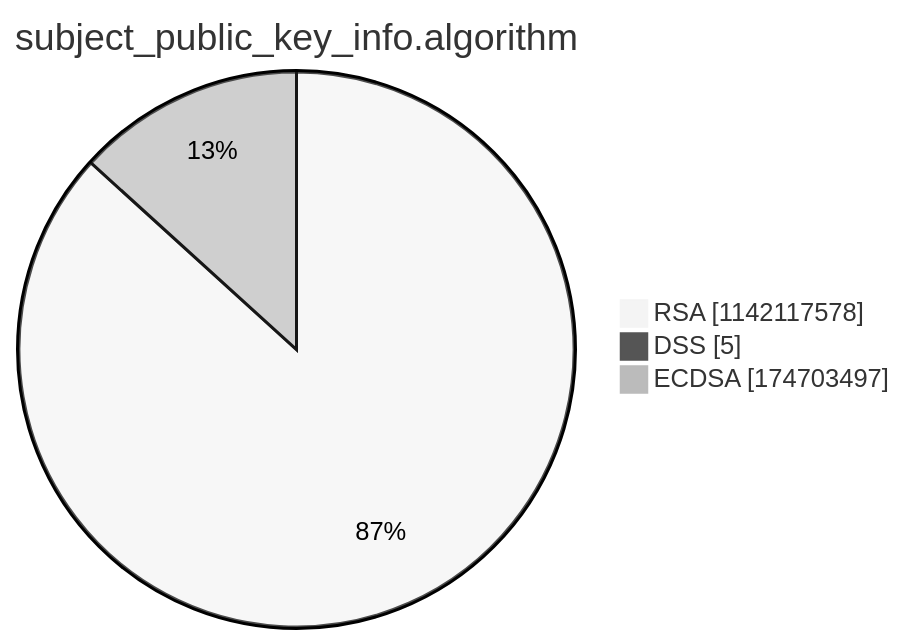
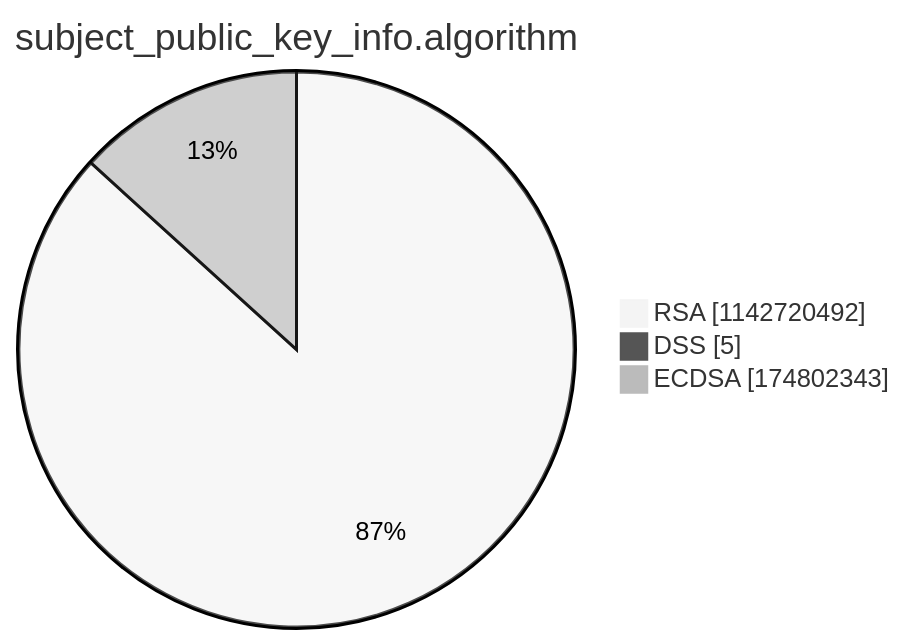
Before and after one commit to christiankrug/ctmonitor_visualization: the third of 15 diagrams in argon2022/README.md, drawn with Mermaid (neutral theme). The commit also changed other lines of this file, not shown here.

````diff
--- a/argon2022/README.md
+++ b/argon2022/README.md
@@ -14,7 +14,7 @@
 ```mermaid
 pie showData
 title subject_public_key_info.algorithm
-"RSA" :1142117578
+"RSA" :1142720492
 "DSS" :5
-"ECDSA" :174703497
+"ECDSA" :174802343
 ```
````
